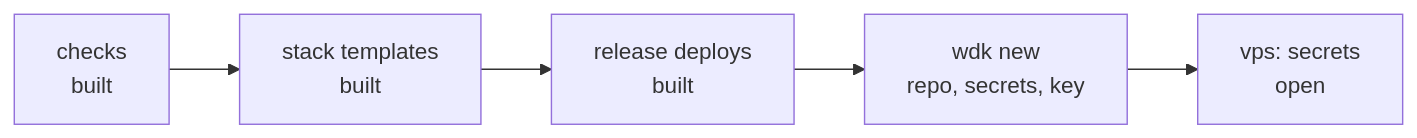
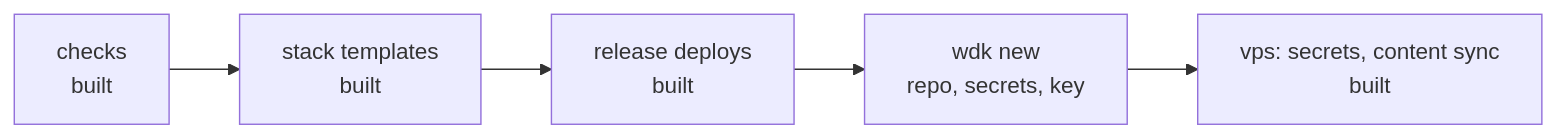
The diagram in docs/roadmap.md (mstcgalis/web-checks), drawn with Mermaid before and after one commit. The commit also changed other lines of this file, not shown here.

Commit message:
docs(roadmap): per-site secrets are merged and live

````diff
--- a/docs/roadmap.md
+++ b/docs/roadmap.md
@@ -8,5 +8,5 @@
 ```mermaid
 flowchart LR
   checks["checks<br/>built"] --> stacks["stack templates<br/>built"] --> deploy["release deploys<br/>built"]
-  deploy --> new["wdk new<br/>repo, secrets, key"] --> vps["vps: secrets<br/>open"]
+  deploy --> new["wdk new<br/>repo, secrets, key"] --> vps["vps: secrets, content sync<br/>built"]
 ```
````
